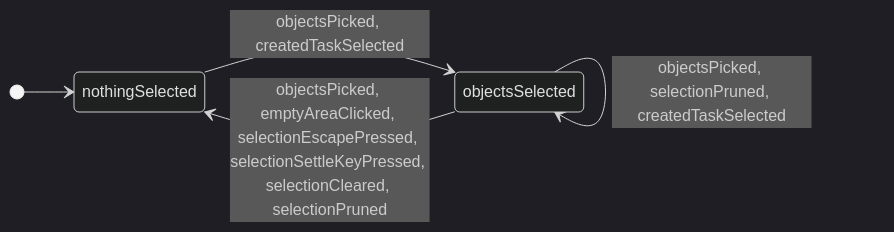
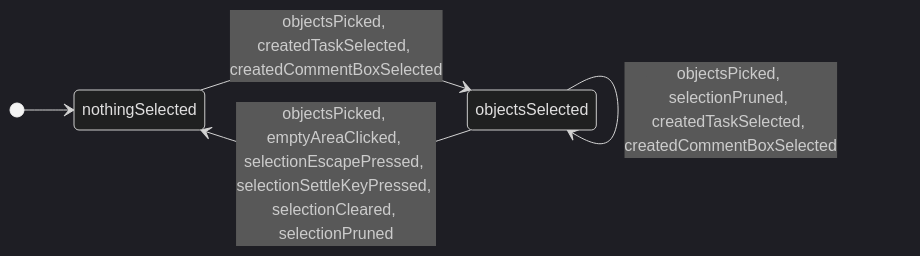
One commit to GoodRelax/gr-scheduler changed diagram 29 of 32 in docs/spec/_assets/tbl-state-machines.md. Above: the diagram before and after it, drawn with Mermaid (dark theme). The commit also changed other lines of this file and 19 other files, not shown here.

First line of the commit message:
Apply CR-782: a placed comment box shows its tip and takes text at once

````diff
--- a/docs/spec/_assets/tbl-state-machines.md
+++ b/docs/spec/_assets/tbl-state-machines.md
@@ -1220,10 +1221,10 @@
 ```mermaid
 stateDiagram-v2
     direction LR
     [*] --> selectionStateMachine_nothingSelected
     selectionStateMachine_nothingSelected : nothingSelected
     selectionStateMachine_objectsSelected : objectsSelected
-    selectionStateMachine_nothingSelected --> selectionStateMachine_objectsSelected : objectsPicked, createdTaskSelected
-    selectionStateMachine_objectsSelected --> selectionStateMachine_objectsSelected : objectsPicked, selectionPruned, createdTaskSelected
+    selectionStateMachine_nothingSelected --> selectionStateMachine_objectsSelected : objectsPicked, createdTaskSelected, createdCommentBoxSelected
+    selectionStateMachine_objectsSelected --> selectionStateMachine_objectsSelected : objectsPicked, selectionPruned, createdTaskSelected, createdCommentBoxSelected
     selectionStateMachine_objectsSelected --> selectionStateMachine_nothingSelected : objectsPicked, emptyAreaClicked, selectionEscapePressed, selectionSettleKeyPressed, selectionCleared, selectionPruned
 ```
````
